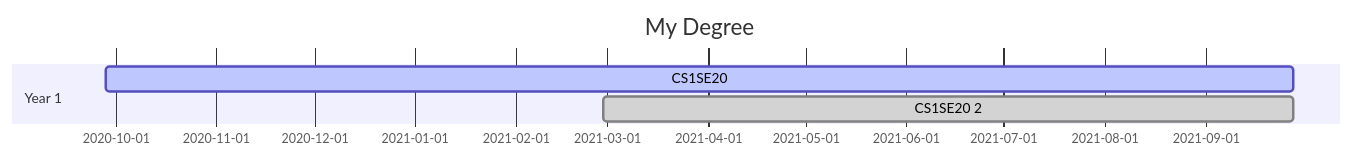
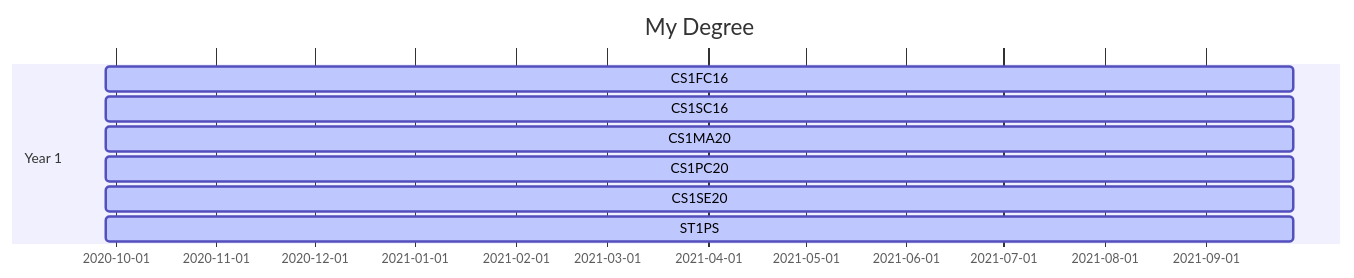
Before and after one commit to joshjh2002/software-engineering-models: the second of 2 diagrams in LearningPlan.md, drawn with Mermaid. The commit also changed other lines of this file, not shown here.

````diff
--- a/LearningPlan.md
+++ b/LearningPlan.md
@@ -98,9 +97,13 @@
 ```mermaid
 gantt
 dateFormat  YYYY-MM-DD
 title My Degree
 
 section Year 1
-CS1SE20            :active,    des1, 2020-09-28,2021-09-28
-CS1SE20 2            :done,    des1, 2021-02-28,2021-09-28
+CS1FC16 :active,    des1, 2020-09-28,2021-09-28
+CS1SC16 :active,    des1, 2020-09-28,2021-09-28
+CS1MA20 :active,    des1, 2020-09-28,2021-09-28
+CS1PC20 :active,    des1, 2020-09-28,2021-09-28
+CS1SE20 :active,    des1, 2020-09-28,2021-09-28
+ST1PS   :active,    des1, 2020-09-28,2021-09-28
 ```
````
